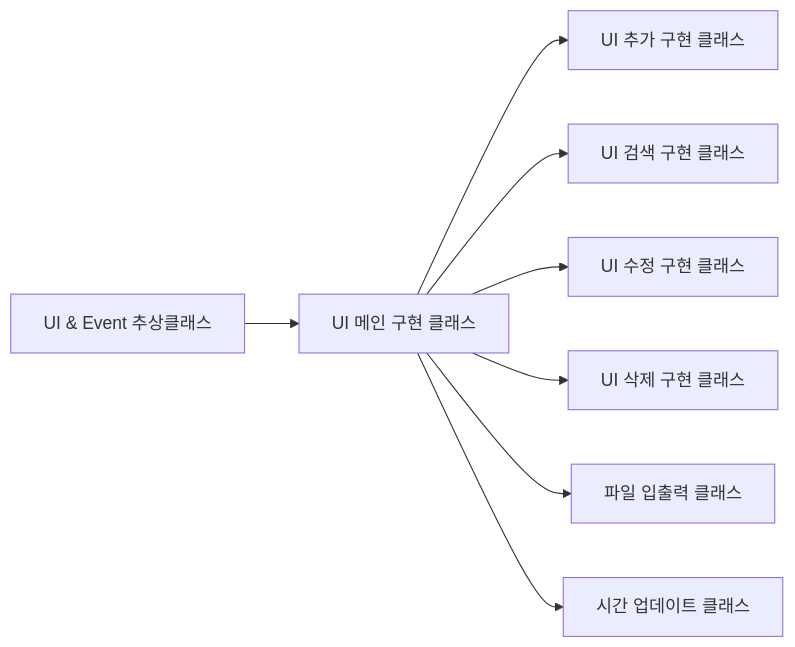
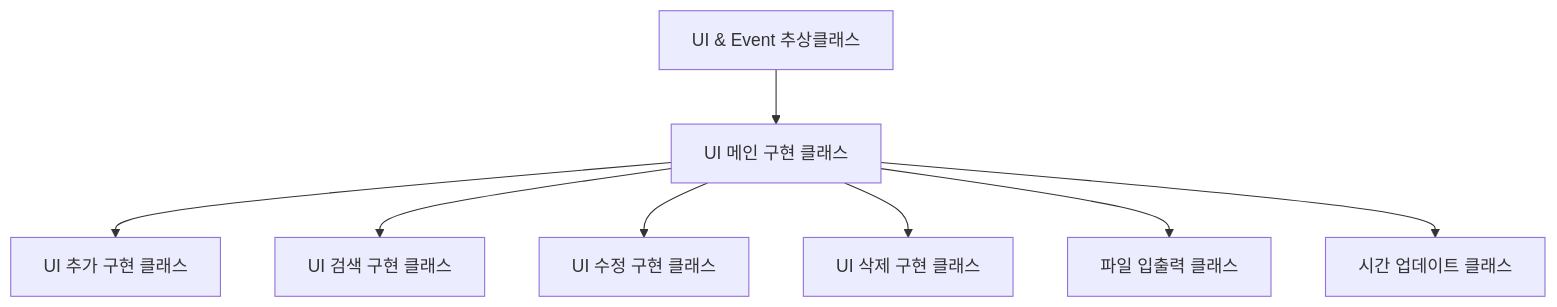
The diagram in Java/Java_Project/Java_Project.md (LeeSM0518/TIL), drawn with Mermaid before and after one commit. The commit also changed other lines of this file and 18 other files, not shown here.

````diff
--- a/Java/Java_Project/Java_Project.md
+++ b/Java/Java_Project/Java_Project.md
@@ -740,21 +742,20 @@
 ```mermaid
-graph LR
+graph TB;
 
-AbstractClass[UI & Event 추상클래스]
-UIMainClass[UI 메인 구현 클래스]
-UIAddClass[UI 추가 구현 클래스]
-UISearchClass[UI 검색 구현 클래스]
-UIAdjustClass[UI 수정 구현 클래스]
-UIRemoveClass[UI 삭제 구현 클래스]
-FileIO[파일 입출력 클래스]
-TimeUpdate[시간 업데이트 클래스]
+AbstractClass[UI & Event 추상클래스];
+UIMainClass[UI 메인 구현 클래스];
+UIAddClass[UI 추가 구현 클래스];
+UISearchClass[UI 검색 구현 클래스];
+UIAdjustClass[UI 수정 구현 클래스];
+UIRemoveClass[UI 삭제 구현 클래스];
+FileIO[파일 입출력 클래스];
+TimeUpdate[시간 업데이트 클래스];
 
-AbstractClass-->UIMainClass
-UIMainClass-->UIAddClass
-UIMainClass-->UISearchClass
-UIMainClass-->UIAdjustClass
-UIMainClass-->UIRemoveClass
-UIMainClass-->FileIO
-UIMainClass-->TimeUpdate
-
+AbstractClass-->UIMainClass;
+UIMainClass-->UIAddClass;
+UIMainClass-->UISearchClass;
+UIMainClass-->UIAdjustClass;
+UIMainClass-->UIRemoveClass;
+UIMainClass-->FileIO;
+UIMainClass-->TimeUpdate;
 ```
````
